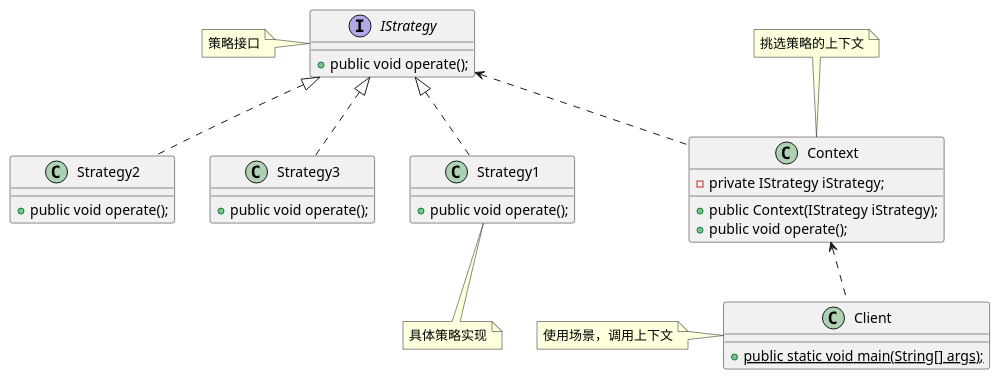
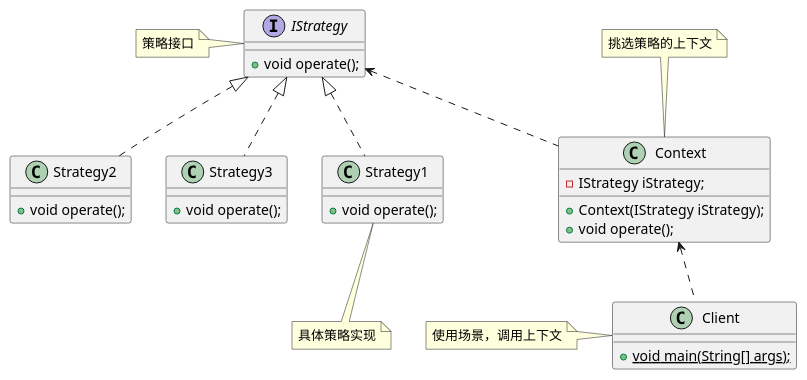
One commit to haoy1220/The-Zen-of-Design-Patterns changed the diagram in src/main/resources/Strategy.puml. Above: the diagram before and after it, drawn with PlantUML. The commit also changed 15 other files, not shown here.

```diff
--- a/src/main/resources/Strategy.puml
+++ b/src/main/resources/Strategy.puml
@@ -1,45 +1,45 @@
 @startuml
 class Client{
-+ {static}public static void main(String[] args);
++ {static} void main(String[] args);
 }
 note left of Client:使用场景，调用上下文
 
 
 interface IStrategy{
-+ public void operate();
++ void operate();
 }
 
 note left of IStrategy:策略接口
 
 class Strategy1 implements IStrategy{
-+ public void operate();
++ void operate();
 }
 
 class Strategy2 implements IStrategy{
-+ public void operate();
++ void operate();
 }
 
 class Strategy3 implements IStrategy{
-+ public void operate();
++ void operate();
 }
 
 note bottom of Strategy1:具体策略实现
 
 class Context{
-- private IStrategy iStrategy;
-+ public Context(IStrategy iStrategy);
-+ public void operate();
+- IStrategy iStrategy;
++ Context(IStrategy iStrategy);
++ void operate();
 }
 
 note top of Context:挑选策略的上下文
 
 
 
 IStrategy <.. Context
 
 Context <.. Client
 
 
 
 
 @enduml
```
